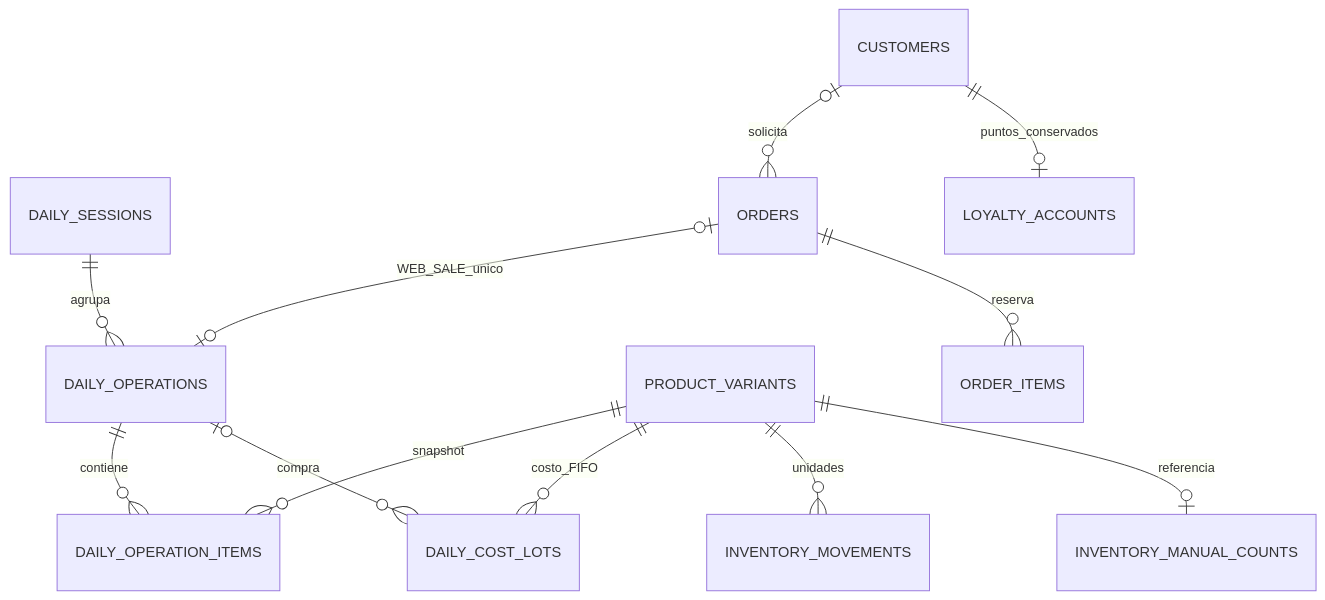
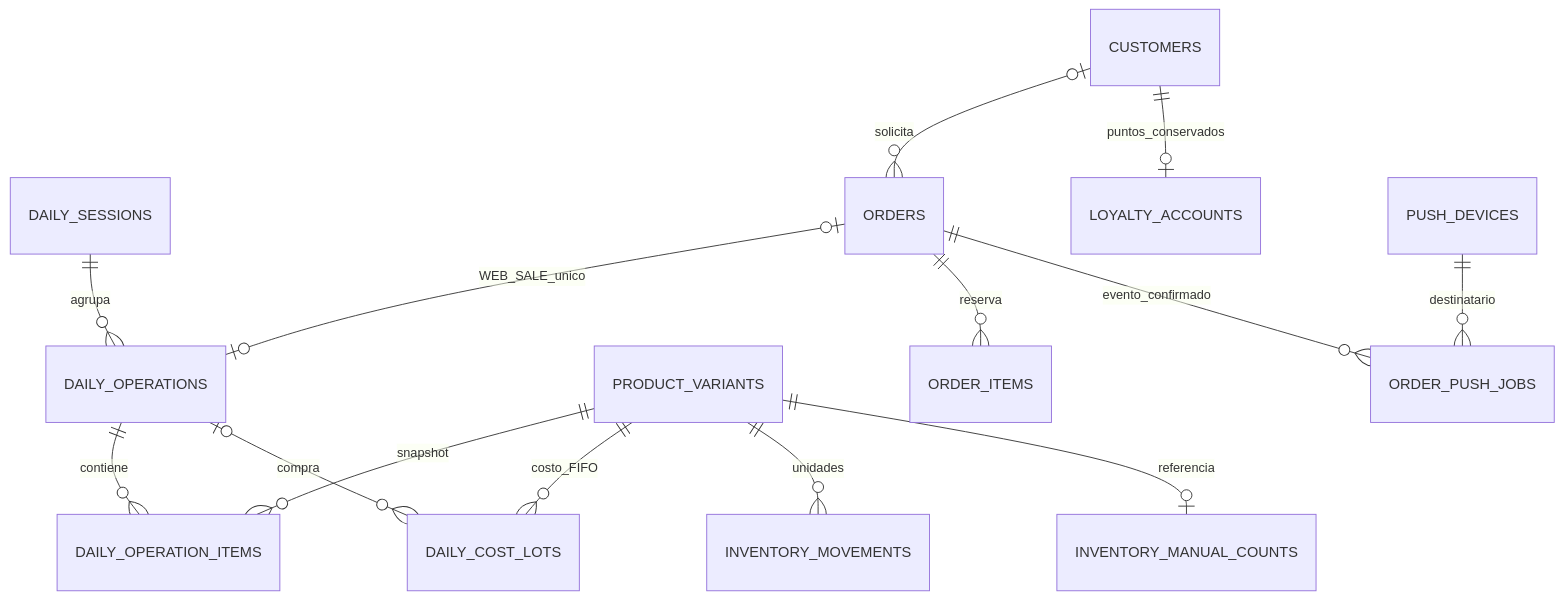
One commit to NotKingbryanPY/donas-racha changed the diagram in docs/knowledge/diagrams/07-database.mmd. Above: the diagram before and after it, drawn with Mermaid. The commit also changed 70 other files, not shown here.

```diff
--- a/docs/knowledge/diagrams/07-database.mmd
+++ b/docs/knowledge/diagrams/07-database.mmd
@@ -1,12 +1,14 @@
 erDiagram
   DAILY_SESSIONS ||--o{ DAILY_OPERATIONS : agrupa
   DAILY_OPERATIONS ||--o{ DAILY_OPERATION_ITEMS : contiene
   PRODUCT_VARIANTS ||--o{ DAILY_OPERATION_ITEMS : snapshot
   PRODUCT_VARIANTS ||--o{ DAILY_COST_LOTS : costo_FIFO
   DAILY_OPERATIONS o|--o{ DAILY_COST_LOTS : compra
   ORDERS o|--o| DAILY_OPERATIONS : WEB_SALE_unico
   PRODUCT_VARIANTS ||--o{ INVENTORY_MOVEMENTS : unidades
   PRODUCT_VARIANTS ||--o| INVENTORY_MANUAL_COUNTS : referencia
   ORDERS ||--o{ ORDER_ITEMS : reserva
   CUSTOMERS o|--o{ ORDERS : solicita
   CUSTOMERS ||--o| LOYALTY_ACCOUNTS : puntos_conservados
+  PUSH_DEVICES ||--o{ ORDER_PUSH_JOBS : destinatario
+  ORDERS ||--o{ ORDER_PUSH_JOBS : evento_confirmado
```
